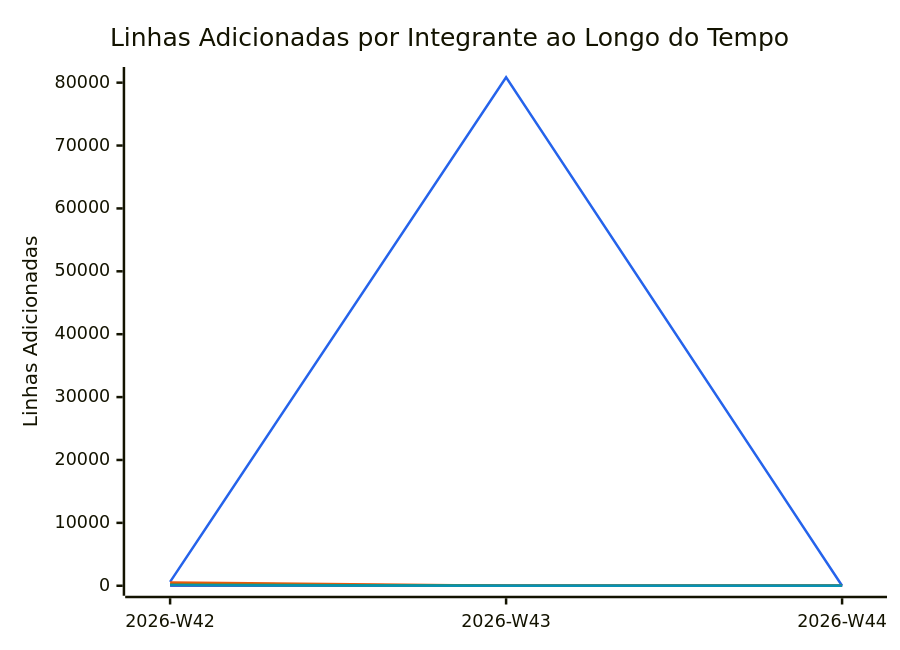
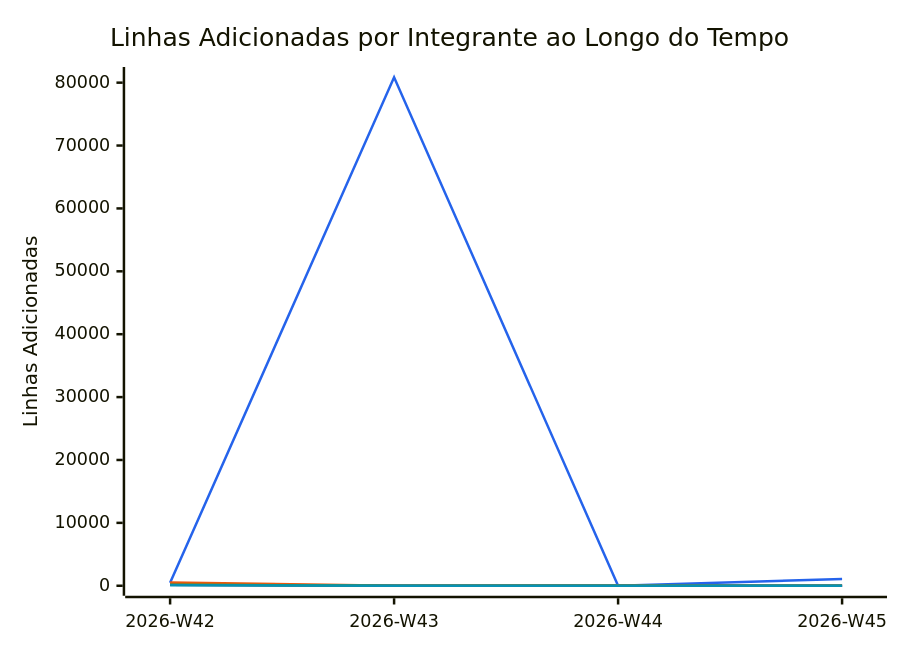
The diagram in snippets/code-additions.mmd (FCTE-Qualidade-de-Software-1/2026-2_T02_KAY_MCNULTY), drawn with Mermaid before and after one commit. The commit also changed 14 other files, not shown here.

```diff
--- a/snippets/code-additions.mmd
+++ b/snippets/code-additions.mmd
@@ -1,11 +1,11 @@
 %%{init: {"themeVariables": {"xyChart": {"plotColorPalette": "#2563eb, #7c3aed, #db2777, #ea580c, #16a34a, #0891b2"}}}}%%
 xychart-beta
     title "Linhas Adicionadas por Integrante ao Longo do Tempo"
-    x-axis ["2026-W42", "2026-W43", "2026-W44"]
+    x-axis ["2026-W42", "2026-W43", "2026-W44", "2026-W45"]
     y-axis "Linhas Adicionadas" 0 --> 80900
-    line [612, 80854, 0]
-    line [0, 0, 0]
-    line [230, 0, 0]
-    line [535, 0, 0]
-    line [161, 0, 0]
-    line [73, 0, 0]
+    line [463, 80854, 0, 1069]
+    line [147, 0, 0, 0]
+    line [230, 0, 0, 0]
+    line [535, 0, 39, 0]
+    line [161, 0, 0, 0]
+    line [73, 0, 0, 0]
```
